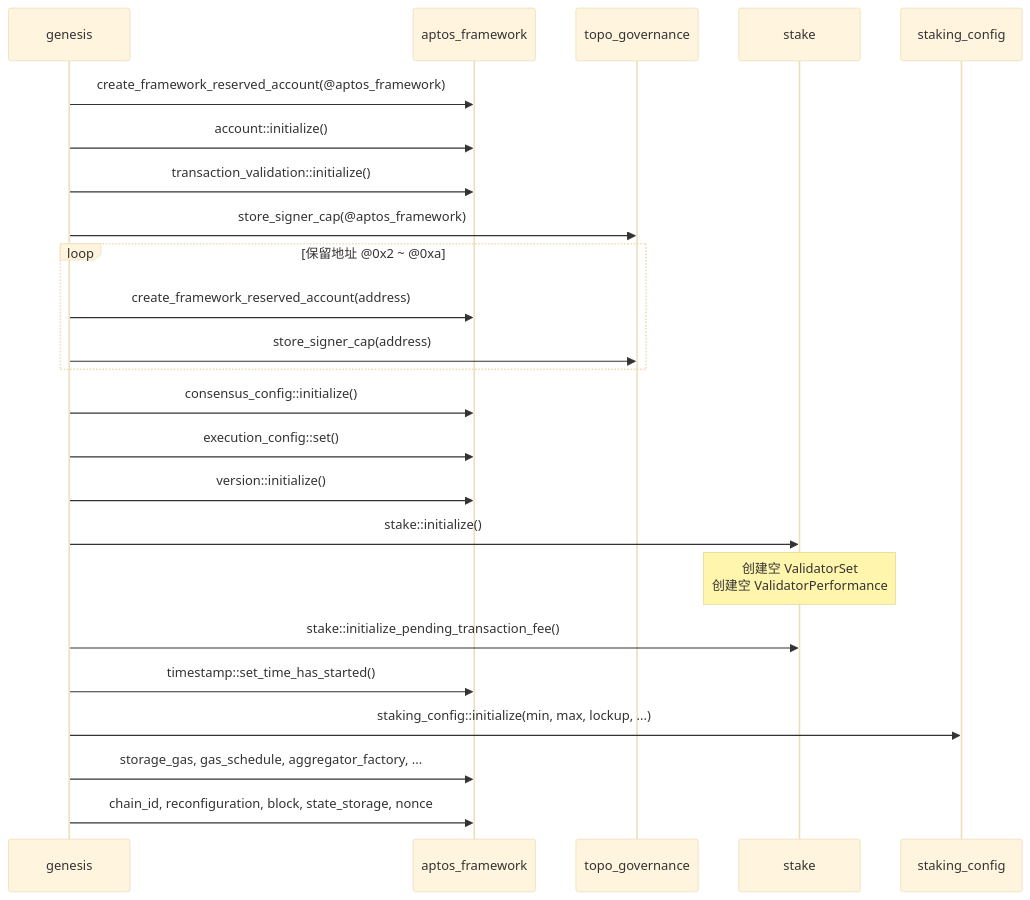
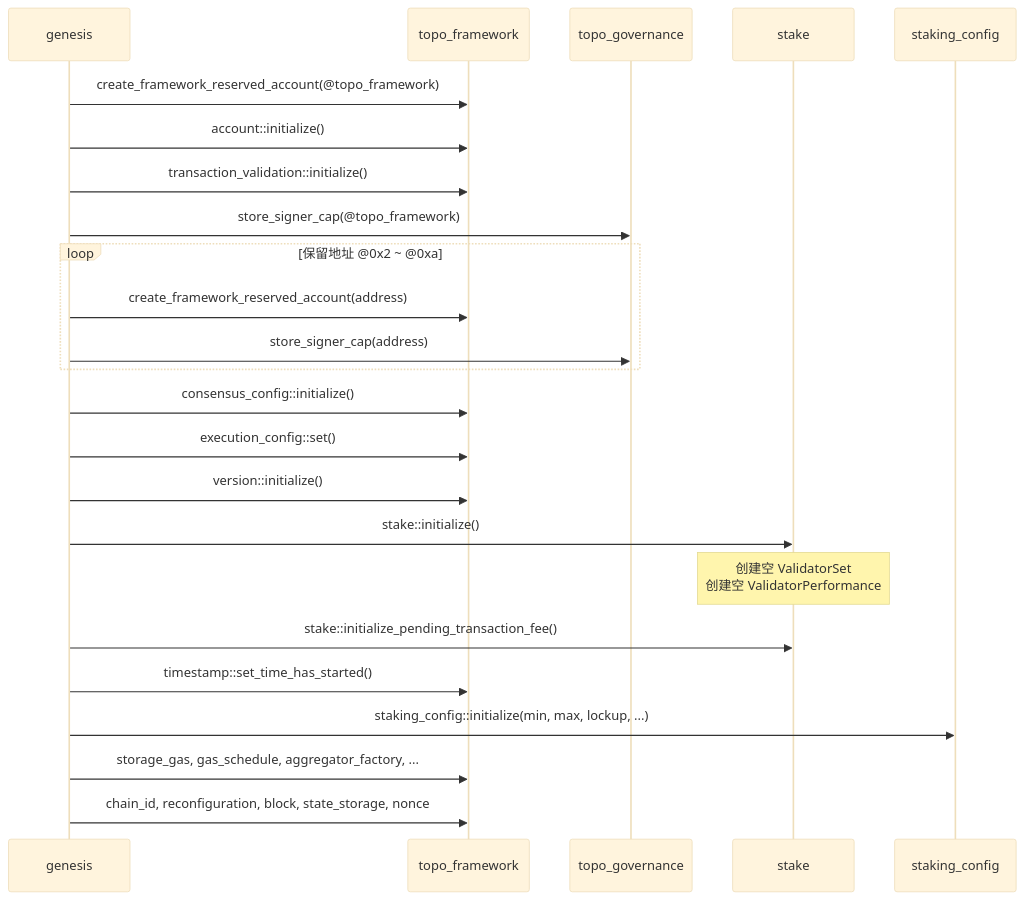
One commit to tuminfei/aptos-core changed the second of 8 diagrams in aptos-move/framework/topo-framework/doc/poc/poc_v5/10-创世初始化流程.md. Above: the diagram before and after it, drawn with Mermaid (base theme). The commit also changed other lines of this file and 517 other files, not shown here.

````diff
--- a/aptos-move/framework/topo-framework/doc/poc/poc_v5/10-创世初始化流程.md
+++ b/aptos-move/framework/topo-framework/doc/poc/poc_v5/10-创世初始化流程.md
@@ -71,29 +71,29 @@
 ```mermaid
 sequenceDiagram
     participant GN as genesis
-    participant AF as aptos_framework
+    participant AF as topo_framework
     participant GOV as topo_governance
     participant ST as stake
     participant SC as staking_config
 
-    GN->>AF: create_framework_reserved_account(@aptos_framework)
+    GN->>AF: create_framework_reserved_account(@topo_framework)
     GN->>AF: account::initialize()
     GN->>AF: transaction_validation::initialize()
-    GN->>GOV: store_signer_cap(@aptos_framework)
+    GN->>GOV: store_signer_cap(@topo_framework)
 
     loop 保留地址 @0x2 ~ @0xa
         GN->>AF: create_framework_reserved_account(address)
         GN->>GOV: store_signer_cap(address)
     end
 
     GN->>AF: consensus_config::initialize()
     GN->>AF: execution_config::set()
     GN->>AF: version::initialize()
     GN->>ST: stake::initialize()
     Note over ST: 创建空 ValidatorSet<br/>创建空 ValidatorPerformance
     GN->>ST: stake::initialize_pending_transaction_fee()
     GN->>AF: timestamp::set_time_has_started()
     GN->>SC: staking_config::initialize(min, max, lockup, ...)
     GN->>AF: storage_gas, gas_schedule, aggregator_factory, ...
     GN->>AF: chain_id, reconfiguration, block, state_storage, nonce
 ```
````
